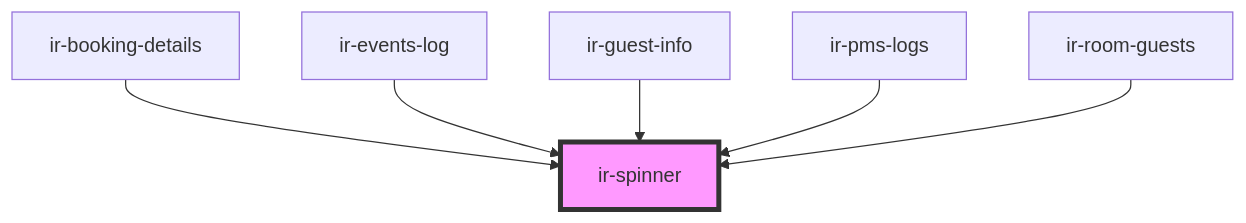
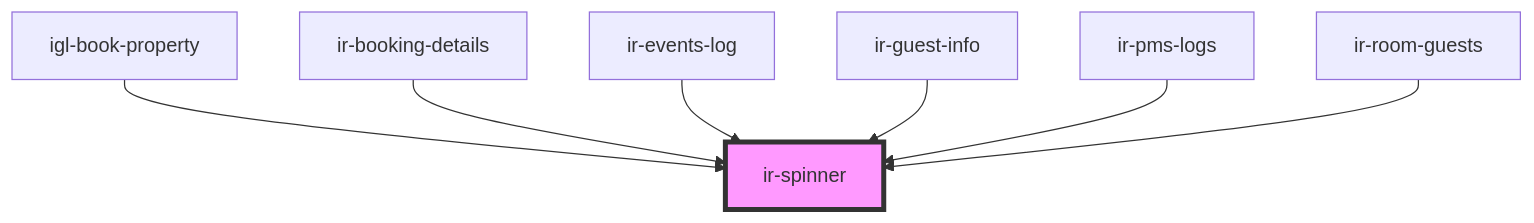
The diagram in src/components/ui/ir-spinner/readme.md (David1Chowaifaty/modified-ir-webcmp), drawn with Mermaid before and after one commit. The commit also changed other lines of this file and 17 other files, not shown here.

````diff
--- a/src/components/ui/ir-spinner/readme.md
+++ b/src/components/ui/ir-spinner/readme.md
@@ -29,9 +30,10 @@
 ```mermaid
 graph TD;
+  igl-book-property --> ir-spinner
   ir-booking-details --> ir-spinner
   ir-events-log --> ir-spinner
   ir-guest-info --> ir-spinner
   ir-pms-logs --> ir-spinner
   ir-room-guests --> ir-spinner
   style ir-spinner fill:#f9f,stroke:#333,stroke-width:4px
 ```
````
